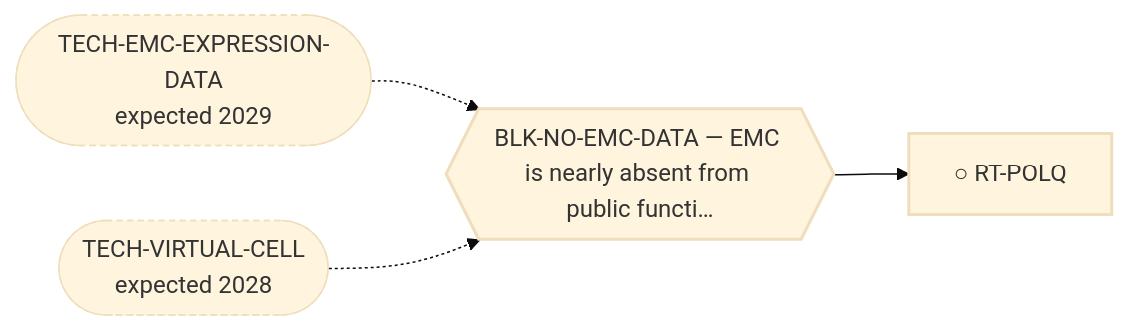
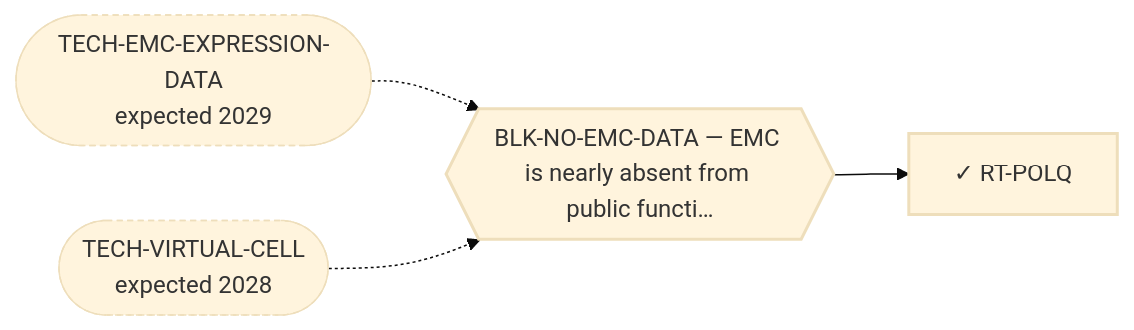
The diagram in systems/views/L2-rt-polq.md (trimcrae/Rare-cancers), drawn with Mermaid (base theme) before and after one commit. The commit also changed other lines of this file and 13 other files, not shown here.

````diff
--- a/systems/views/L2-rt-polq.md
+++ b/systems/views/L2-rt-polq.md
@@ -27,14 +27,14 @@
 ```mermaid
 flowchart LR
-  RT_POLQ["○ RT-POLQ"]:::fam
+  RT_POLQ["✓ RT-POLQ"]:::fam
   BLK_NO_EMC_DATA{{"BLK-NO-EMC-DATA — EMC is nearly absent from public functi…"}}:::blk
   BLK_NO_EMC_DATA --> RT_POLQ
   TECH_EMC_EXPRESSION_DATA(["TECH-EMC-EXPRESSION-DATA<br/>expected 2029"]):::tech
   TECH_EMC_EXPRESSION_DATA -.-> BLK_NO_EMC_DATA
   TECH_VIRTUAL_CELL(["TECH-VIRTUAL-CELL<br/>expected 2028"]):::tech
   TECH_VIRTUAL_CELL -.-> BLK_NO_EMC_DATA
   classDef fam stroke-width:2px;
   classDef blk stroke-width:2px;
   classDef perm stroke-width:4px;
   classDef tech stroke-width:1px,stroke-dasharray:4 3;
 ```
````
